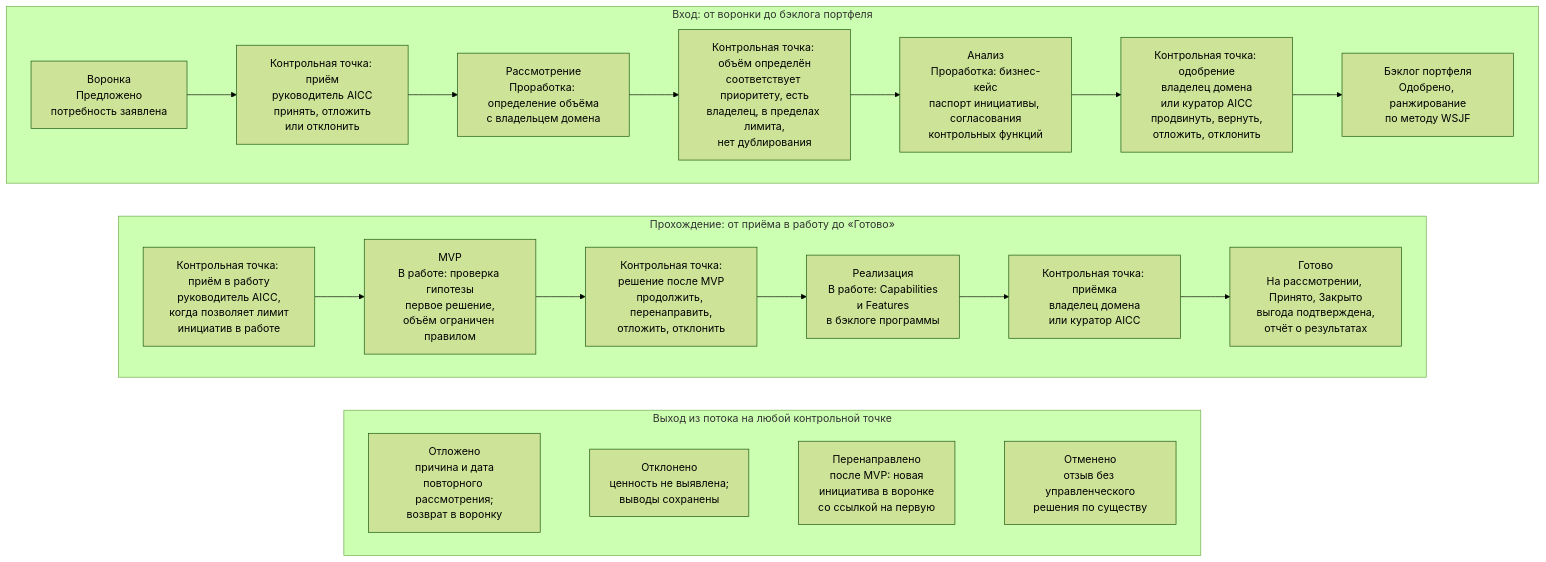
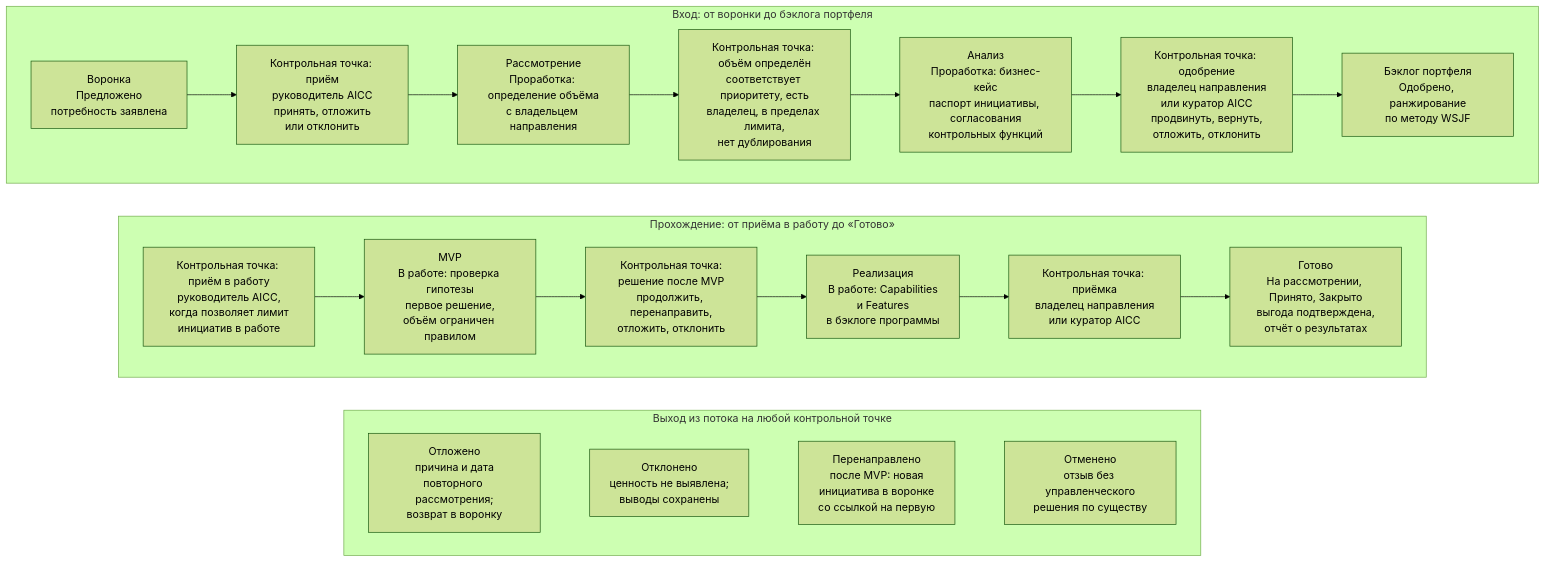
Before and after one commit to devhogu/ob-aicc: the diagram in portal/content/ru/portfolio/the-flow.md, drawn with Mermaid (forest theme). The commit also changed other lines of this file and 290 other files, not shown here.

First line of the commit message:
Russian edition: Domain is «направление» (владелец направления, эксперт направления); Strategic Priority 3 is «AI в работе направлений Банка»

````diff
--- a/portal/content/ru/portfolio/the-flow.md
+++ b/portal/content/ru/portfolio/the-flow.md
@@ -15,26 +15,26 @@
 ```mermaid
 flowchart TB
   subgraph ROW1["Вход: от воронки до бэклога портфеля"]
     direction LR
     FU["Воронка<br/>Предложено<br/>потребность заявлена"] --> G1["Контрольная точка: приём<br/>руководитель AICC<br/>принять, отложить<br/>или отклонить"]
-    G1 --> RV["Рассмотрение<br/>Проработка: определение объёма<br/>с владельцем домена"]
+    G1 --> RV["Рассмотрение<br/>Проработка: определение объёма<br/>с владельцем направления"]
     RV --> G2["Контрольная точка: объём определён<br/>соответствует приоритету, есть<br/>владелец, в пределах лимита,<br/>нет дублирования"]
     G2 --> AN["Анализ<br/>Проработка: бизнес-кейс<br/>паспорт инициативы, согласования<br/>контрольных функций"]
-    AN --> G3["Контрольная точка: одобрение<br/>владелец домена<br/>или куратор AICC<br/>продвинуть, вернуть,<br/>отложить, отклонить"]
+    AN --> G3["Контрольная точка: одобрение<br/>владелец направления<br/>или куратор AICC<br/>продвинуть, вернуть,<br/>отложить, отклонить"]
     G3 --> PB["Бэклог портфеля<br/>Одобрено, ранжирование<br/>по методу WSJF"]
   end
   subgraph ROW2["Прохождение: от приёма в работу до «Готово»"]
     direction LR
     G4["Контрольная точка: приём в работу<br/>руководитель AICC,<br/>когда позволяет лимит<br/>инициатив в работе"] --> MV["MVP<br/>В работе: проверка гипотезы<br/>первое решение,<br/>объём ограничен правилом"]
     MV --> G5["Контрольная точка:<br/>решение после MVP<br/>продолжить, перенаправить,<br/>отложить, отклонить"]
     G5 --> IM["Реализация<br/>В работе: Capabilities<br/>и Features<br/>в бэклоге программы"]
-    IM --> G6["Контрольная точка: приёмка<br/>владелец домена<br/>или куратор AICC"]
+    IM --> G6["Контрольная точка: приёмка<br/>владелец направления<br/>или куратор AICC"]
     G6 --> DN["Готово<br/>На рассмотрении, Принято, Закрыто<br/>выгода подтверждена,<br/>отчёт о результатах"]
   end
   subgraph ROW3["Выход из потока на любой контрольной точке"]
     direction LR
     DF["Отложено<br/>причина и дата<br/>повторного рассмотрения;<br/>возврат в воронку"] ~~~ RJ["Отклонено<br/>ценность не выявлена;<br/>выводы сохранены"] ~~~ PV["Перенаправлено<br/>после MVP: новая<br/>инициатива в воронке<br/>со ссылкой на первую"] ~~~ CN["Отменено<br/>отзыв без управленческого<br/>решения по существу"]
   end
   ROW1 ~~~ ROW2
   ROW2 ~~~ ROW3
 ```
````
